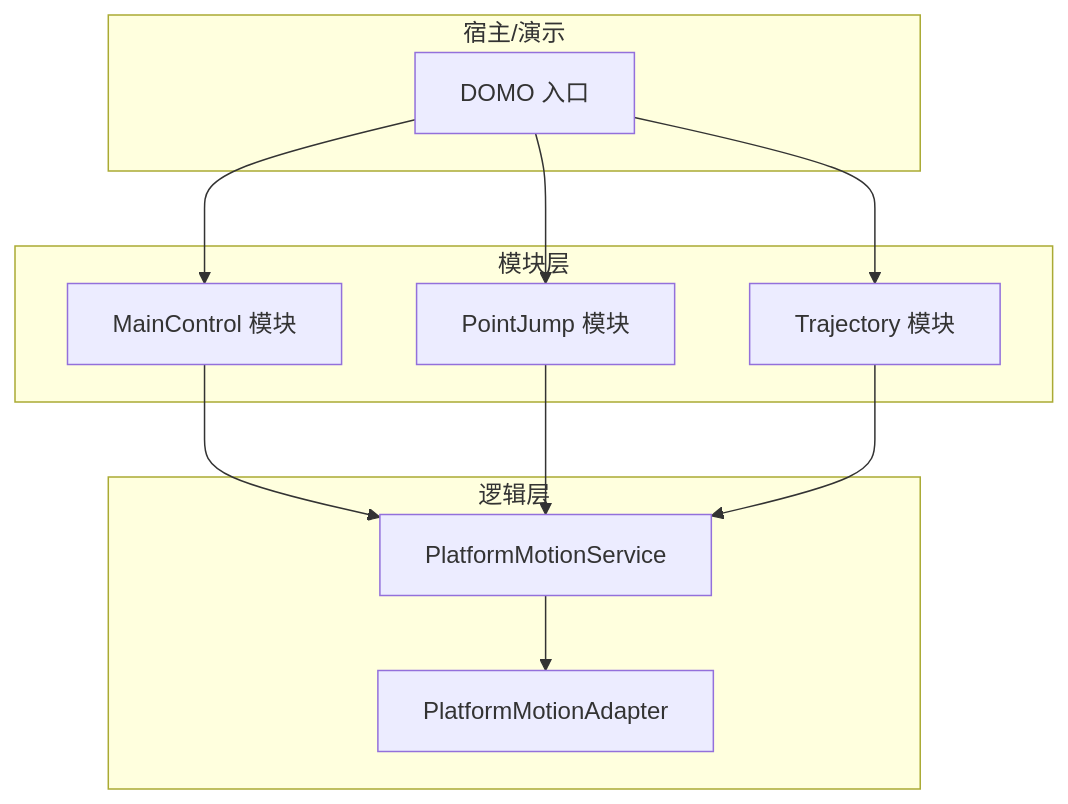
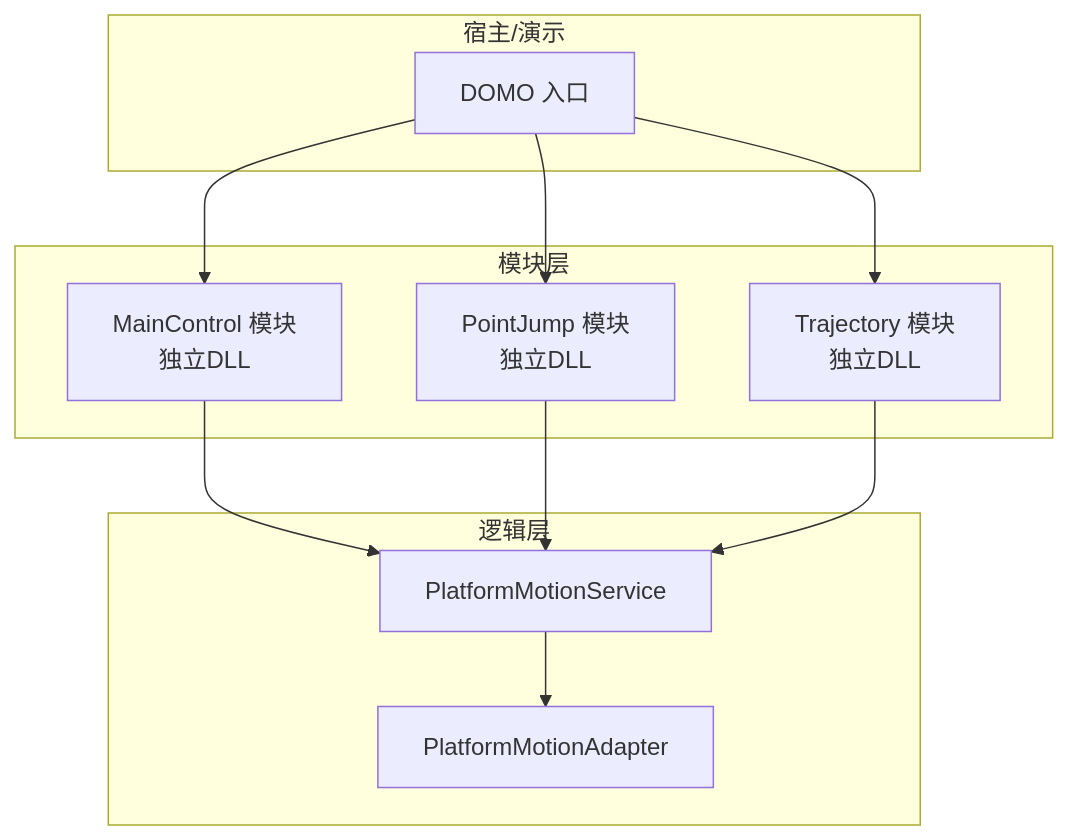
Before and after one commit to fuweiq94-cloud/339918076: the second of 8 diagrams in .qoder/repowiki/zh/content/开发指南/构建与部署.md, drawn with Mermaid. The commit also changed other lines of this file and 203 other files, not shown here.

````diff
--- a/.qoder/repowiki/zh/content/开发指南/构建与部署.md
+++ b/.qoder/repowiki/zh/content/开发指南/构建与部署.md
@@ -88,22 +130,22 @@
 ```mermaid
 graph TB
 subgraph "宿主/演示"
 DOMO["DOMO 入口"]
 end
 subgraph "模块层"
-MC["MainControl 模块"]
-PJ["PointJump 模块"]
-TRJ["Trajectory 模块"]
+MC["MainControl 模块<br/>独立DLL"]
+PJ["PointJump 模块<br/>独立DLL"]
+TRJ["Trajectory 模块<br/>独立DLL"]
 end
 subgraph "逻辑层"
 LPS["PlatformMotionService"]
 LPA["PlatformMotionAdapter"]
 end
 DOMO --> MC
 DOMO --> PJ
 DOMO --> TRJ
 MC --> LPS
 PJ --> LPS
 TRJ --> LPS
 LPS --> LPA
 ```
````
